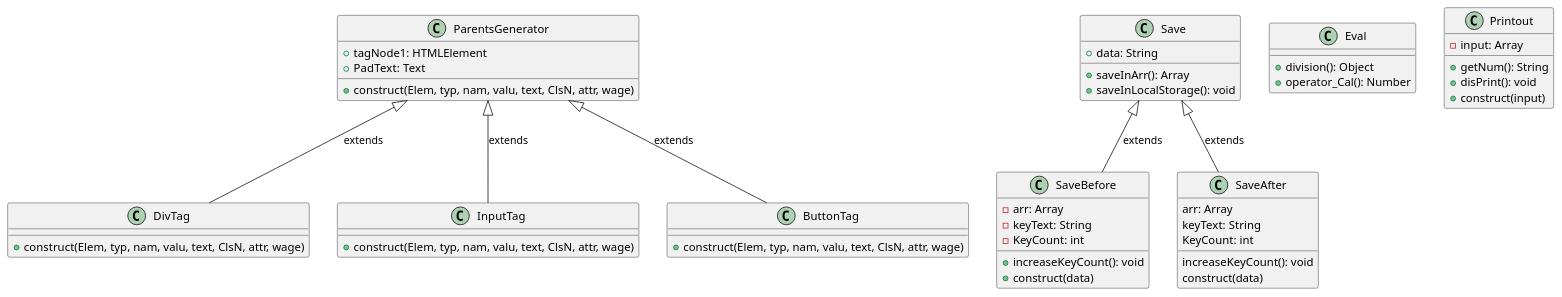
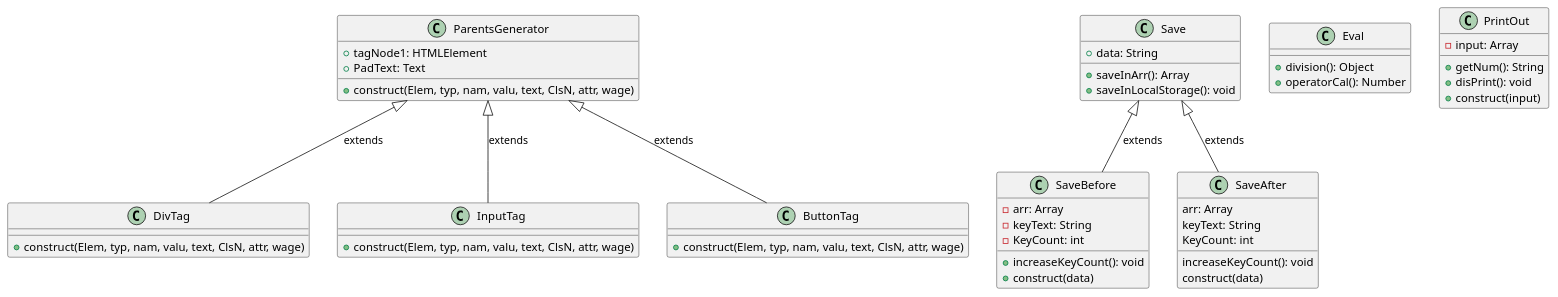
One commit to 188X187/git_group changed the diagram in plantuml/classuml.wsd. Above: the diagram before and after it, drawn with PlantUML.

Commit message:
조민지 - 연산, 출력 카멜 수정

```diff
--- a/plantuml/classuml.wsd
+++ b/plantuml/classuml.wsd
@@ -1,50 +1,50 @@
 @startuml team3
 class ParentsGenerator {
     +tagNode1: HTMLElement
     +PadText: Text
     +construct(Elem, typ, nam, valu, text, ClsN, attr, wage)
 }
 class DivTag {
     +construct(Elem, typ, nam, valu, text, ClsN, attr, wage)
 }
 ParentsGenerator <|-- DivTag : extends
 class InputTag {
     +construct(Elem, typ, nam, valu, text, ClsN, attr, wage)
 }
 ParentsGenerator <|-- InputTag : extends
 class ButtonTag {
     +construct(Elem, typ, nam, valu, text, ClsN, attr, wage)
 }
 ParentsGenerator <|-- ButtonTag : extends
 class Save {
     +data: String
     +saveInArr(): Array
     +saveInLocalStorage(): void
 }
 class SaveBefore {
     -arr: Array
     -keyText: String
     -KeyCount: int
     +increaseKeyCount(): void
     +construct(data)
 }
 Save <|-- SaveBefore : extends
 class SaveAfter {
     arr: Array
     keyText: String
     KeyCount: int
     increaseKeyCount(): void
     construct(data)
 }
 Save <|-- SaveAfter : extends
 class Eval {
     +division(): Object
-    +operator_Cal(): Number
+    +operatorCal(): Number
 }
-class Printout {
+class PrintOut {
     -input: Array
     +getNum(): String
     +disPrint(): void
     +construct(input)
 }
 @enduml
```
